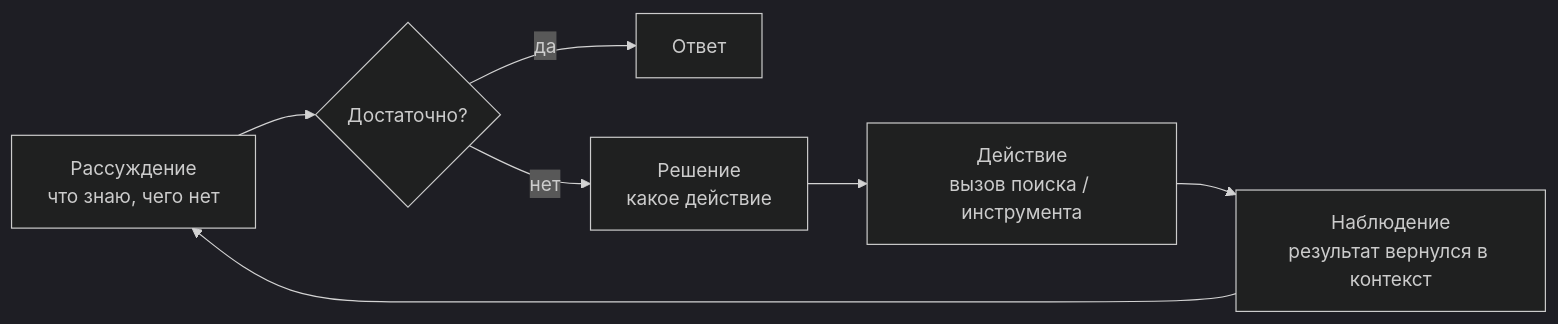
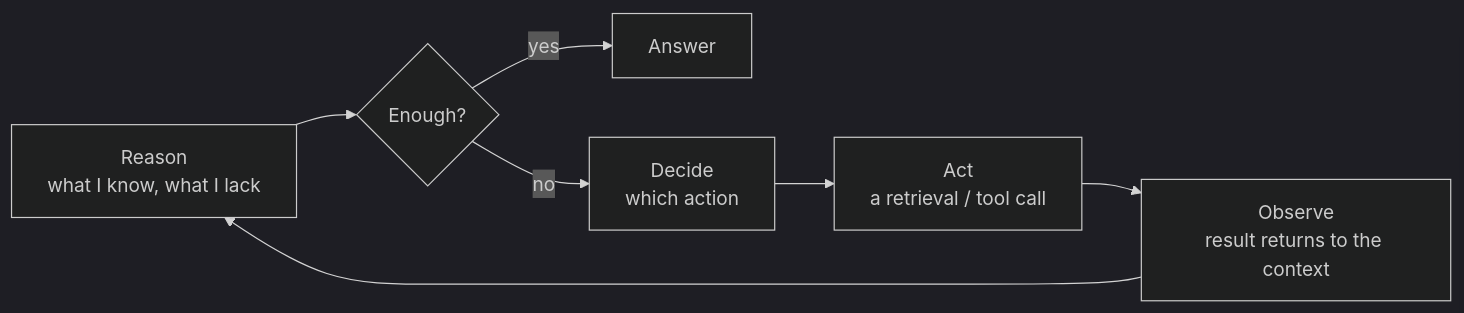
Before and after one commit to NikolaiSachok/enterprise-rag-agents-handbook: the diagram in docs/part-2-agents/agentic-rag.md, drawn with Mermaid (dark theme). The commit also changed other lines of this file and 100 other files, not shown here.

````diff
--- a/docs/part-2-agents/agentic-rag.md
+++ b/docs/part-2-agents/agentic-rag.md
@@ -54,9 +53,9 @@
 ```mermaid
 flowchart LR
-    R["Рассуждение<br/>что знаю, чего нет"] --> Q{"Достаточно?"}
-    Q -- "да" --> Ans["Ответ"]
-    Q -- "нет" --> D["Решение<br/>какое действие"]
-    D --> A["Действие<br/>вызов поиска / инструмента"]
-    A --> O["Наблюдение<br/>результат вернулся в контекст"]
+    R["Reason<br/>what I know, what I lack"] --> Q{"Enough?"}
+    Q -- "yes" --> Ans["Answer"]
+    Q -- "no" --> D["Decide<br/>which action"]
+    D --> A["Act<br/>a retrieval / tool call"]
+    A --> O["Observe<br/>result returns to the context"]
     O --> R
 ```
````
